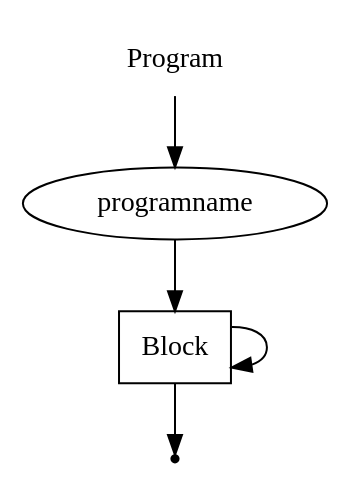
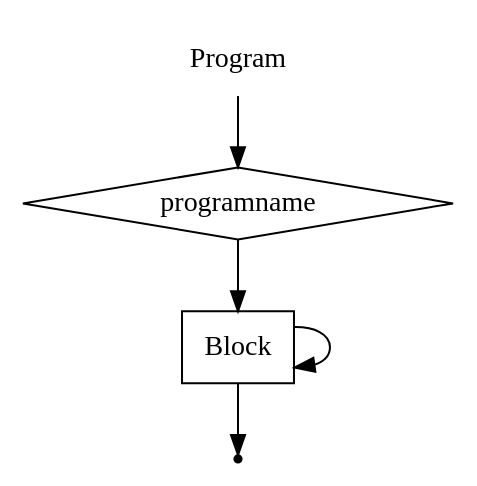
Before and after one commit to EgorGoluzin/DSL: the diagram in DSLTools/examples/PSECO_NEW/wirth/Program.gv, drawn with Graphviz. The commit also changed 2 other files, not shown here.

```diff
--- a/DSLTools/examples/PSECO_NEW/wirth/Program.gv
+++ b/DSLTools/examples/PSECO_NEW/wirth/Program.gv
@@ -1,11 +1,11 @@
 digraph Program {
   start [label="Program" shape=plaintext];
-  A [label="programname" shape=oval];
+  A [label="programname" shape=diamond];
   B [label="Block" shape=box];
   end [label="" shape=point];
 
   start -> A;
   A -> B;
   B -> B;
   B -> end;
 }
```
